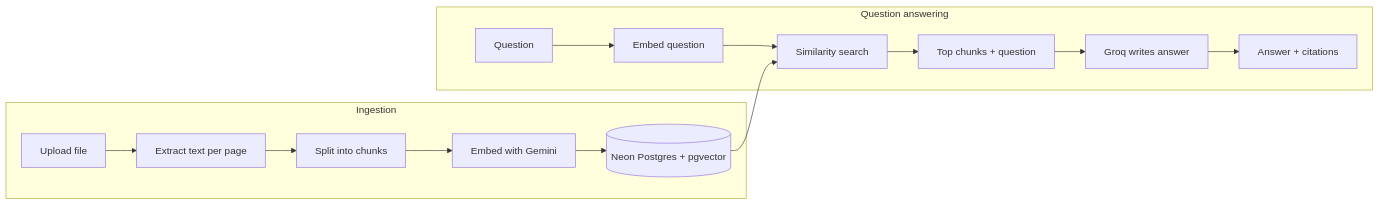
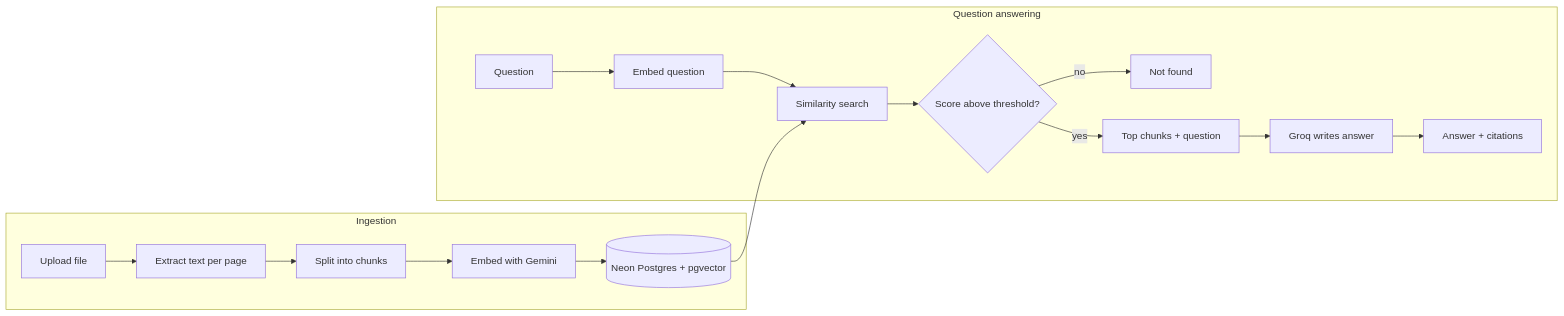
One commit to waleed-kn/rag-doc-qa changed the diagram in README.md. Above: the diagram before and after it, drawn with Mermaid. The commit also changed other lines of this file, not shown here.

````diff
--- a/README.md
+++ b/README.md
@@ -15,17 +25,19 @@
 ```mermaid
 flowchart LR
     subgraph Ingestion
         A[Upload file] --> B[Extract text per page]
         B --> C[Split into chunks]
         C --> D[Embed with Gemini]
         D --> E[(Neon Postgres + pgvector)]
     end
     subgraph Question answering
         Q[Question] --> QE[Embed question]
         QE --> S[Similarity search]
         E --> S
-        S --> P[Top chunks + question]
+        S --> T{Score above threshold?}
+        T -- no --> N[Not found]
+        T -- yes --> P[Top chunks + question]
         P --> G[Groq writes answer]
         G --> R[Answer + citations]
     end
 ```
````
